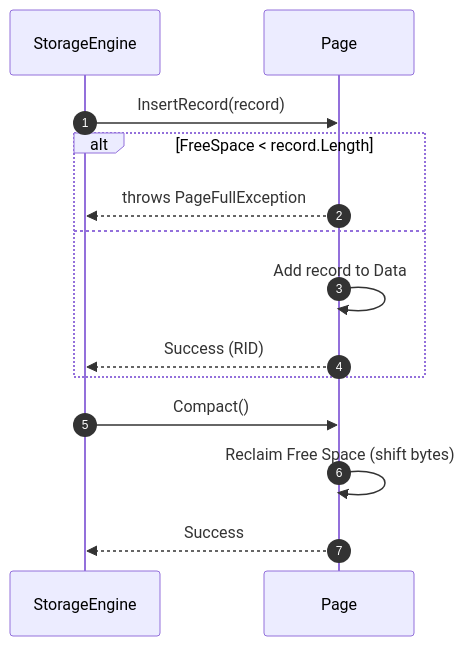
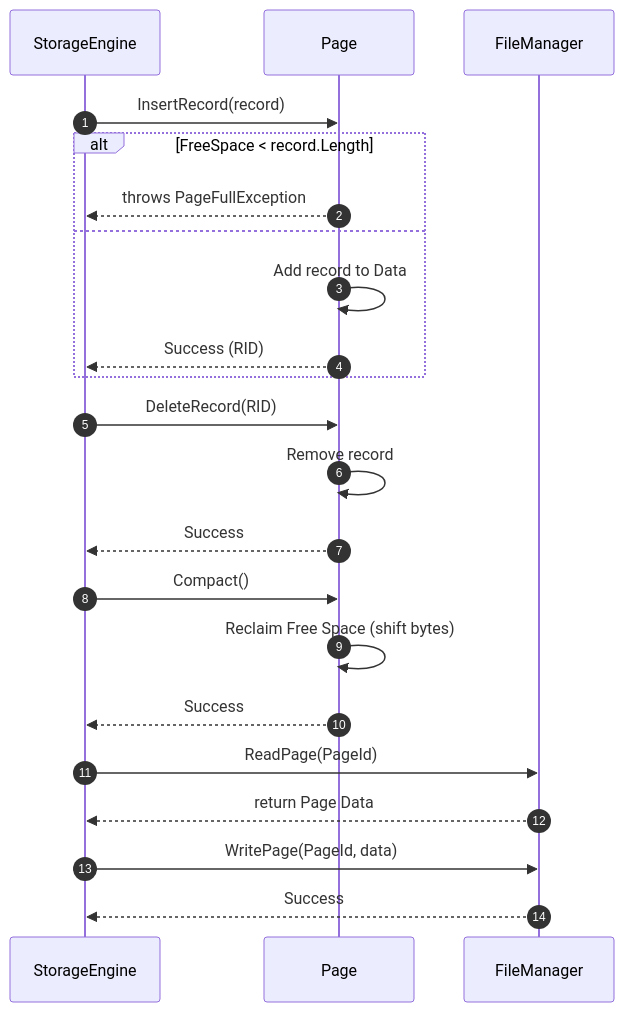
Before and after one commit to Hagiakhanh/bbv-dbms: diagram 27 of 51 in docs/sequence-diagrams/README.md, drawn with Mermaid. The commit also changed other lines of this file and 4 other files, not shown here.

````diff
--- a/docs/sequence-diagrams/README.md
+++ b/docs/sequence-diagrams/README.md
@@ -530,18 +944,33 @@
 ```mermaid
 sequenceDiagram
     autonumber
     participant Storage as StorageEngine
     participant Pg as Page
+    participant Disk as FileManager
     
+    %% Insert Record
     Storage->>Pg: InsertRecord(record)
     alt FreeSpace < record.Length
         Pg-->>Storage: throws PageFullException
     else
         Pg->>Pg: Add record to Data
         Pg-->>Storage: Success (RID)
     end
     
+    %% Delete Record
+    Storage->>Pg: DeleteRecord(RID)
+    Pg->>Pg: Remove record
+    Pg-->>Storage: Success
+    
+    %% Compact
     Storage->>Pg: Compact()
     Pg->>Pg: Reclaim Free Space (shift bytes)
     Pg-->>Storage: Success
+    
+    %% Read/Write Page
+    Storage->>Disk: ReadPage(PageId)
+    Disk-->>Storage: return Page Data
+    
+    Storage->>Disk: WritePage(PageId, data)
+    Disk-->>Storage: Success
 ```
````
